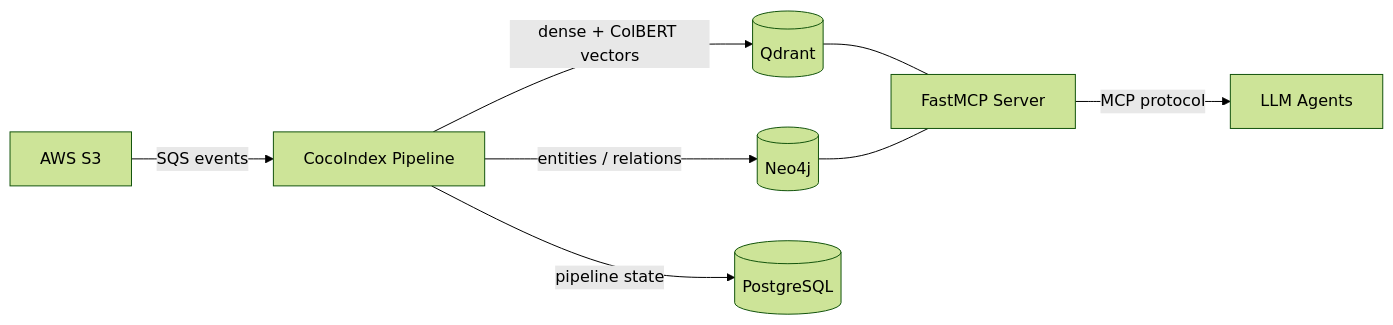
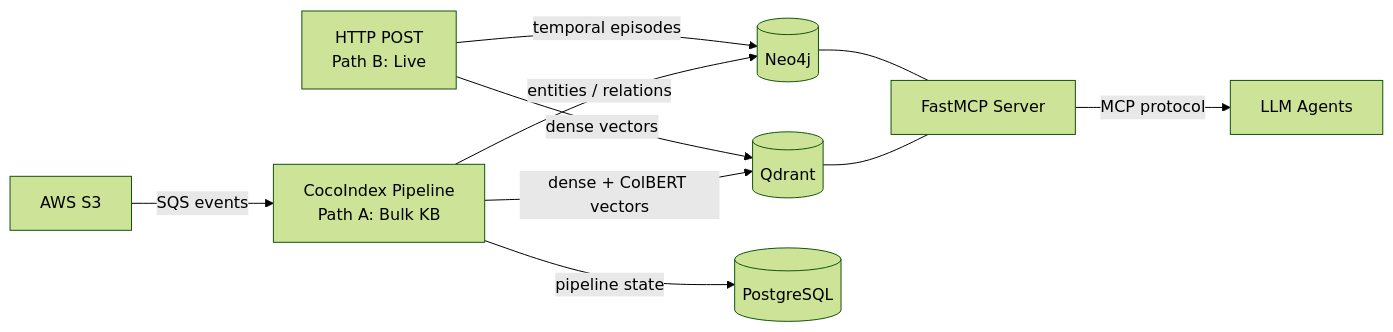
The diagram in docs/index.md (dollro/spektr), drawn with Mermaid (forest theme) before and after one commit. The commit also changed other lines of this file and 36 other files, not shown here.

First line of the commit message:
feat: dual-path ingestion with live streaming, schema induction, and session-aware search

````diff
--- a/docs/index.md
+++ b/docs/index.md
@@ -16,10 +19,12 @@
 ```mermaid
 graph LR
-    S3[AWS S3] -->|SQS events| Pipeline[CocoIndex Pipeline]
+    S3[AWS S3] -->|SQS events| Pipeline[CocoIndex Pipeline\nPath A: Bulk KB]
     Pipeline -->|dense + ColBERT vectors| Qdrant[(Qdrant)]
     Pipeline -->|entities / relations| Neo4j[(Neo4j)]
     Pipeline -->|pipeline state| PG[(PostgreSQL)]
+    Live[HTTP POST\nPath B: Live] -->|dense vectors| Qdrant
+    Live -->|temporal episodes| Neo4j
     Qdrant --- MCP[FastMCP Server]
     Neo4j --- MCP
     MCP -->|MCP protocol| Agent[LLM Agents]
 ```
````
